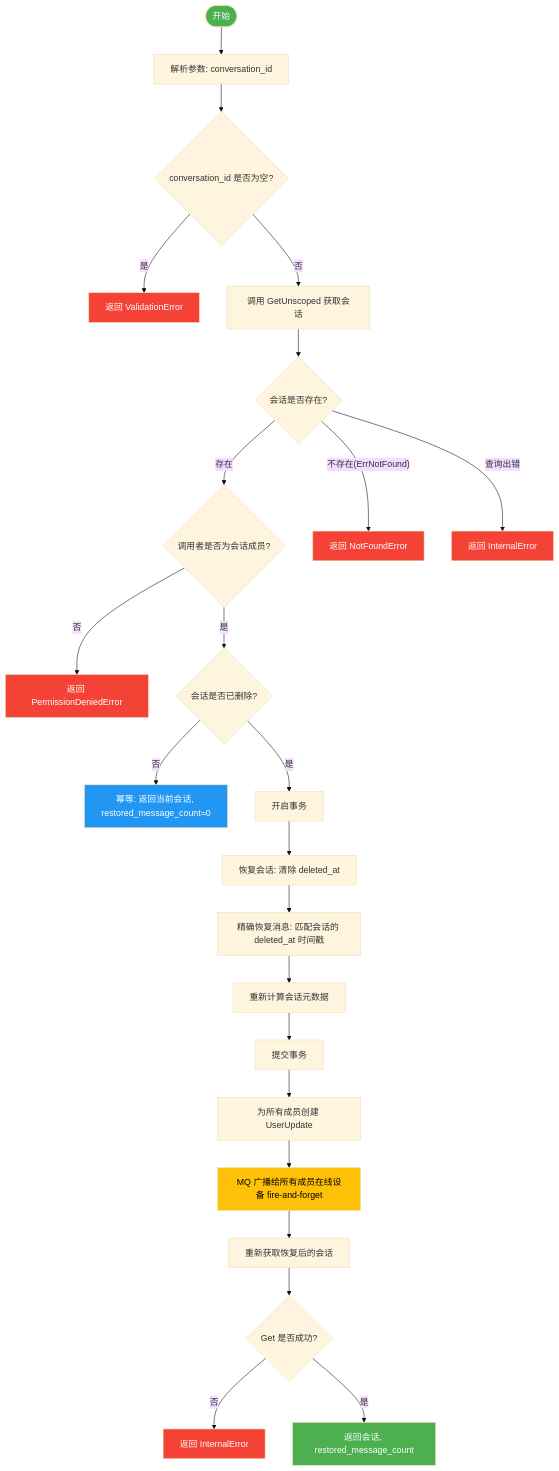
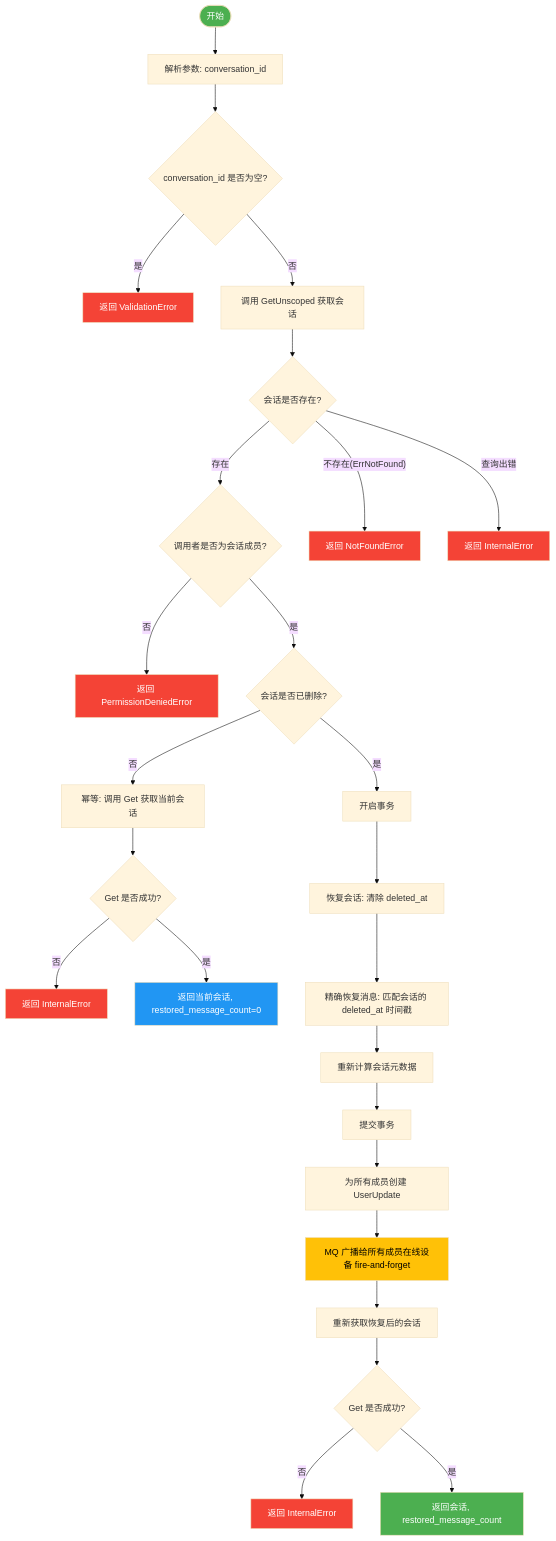
The fifth of 5 diagrams in wiki/flows/conversation.md (PineappleBond/xyncra-server), drawn with Mermaid (base theme) before and after one commit. The commit also changed other lines of this file and 19 other files, not shown here.

````diff
--- a/wiki/flows/conversation.md
+++ b/wiki/flows/conversation.md
@@ -381,35 +381,39 @@
 ```mermaid
 flowchart TD
     A([开始]) --> B[解析参数: conversation_id]
     B --> C{conversation_id 是否为空?}
     C -- 是 --> C1[返回 ValidationError]
     C -- 否 --> D[调用 GetUnscoped 获取会话]
     D --> E{会话是否存在?}
     E -- 存在 --> F{调用者是否为会话成员?}
     E -- 不存在(ErrNotFound) --> E1[返回 NotFoundError]
     E -- 查询出错 --> E2[返回 InternalError]
     F -- 否 --> F1[返回 PermissionDeniedError]
     F -- 是 --> G{会话是否已删除?}
-    G -- 否 --> G1[幂等: 返回当前会话, restored_message_count=0]
+    G -- 否 --> G2[幂等: 调用 Get 获取当前会话]
+    G2 --> G3{Get 是否成功?}
+    G3 -- 否 --> G4[返回 InternalError]
+    G3 -- 是 --> G1[返回当前会话, restored_message_count=0]
     G -- 是 --> H[开启事务]
     H --> I[恢复会话: 清除 deleted_at]
     I --> J[精确恢复消息: 匹配会话的 deleted_at 时间戳]
     J --> K[重新计算会话元数据]
     K --> L[提交事务]
     L --> M[为所有成员创建 UserUpdate]
     M --> N[MQ 广播给所有成员在线设备 fire-and-forget]
     N --> P[重新获取恢复后的会话]
     P --> P2{Get 是否成功?}
     P2 -- 否 --> P3[返回 InternalError]
     P2 -- 是 --> Q[返回会话, restored_message_count]
 
     style A fill:#4CAF50,color:#fff
     style C1 fill:#f44336,color:#fff
     style E1 fill:#f44336,color:#fff
     style E2 fill:#f44336,color:#fff
     style F1 fill:#f44336,color:#fff
     style G1 fill:#2196F3,color:#fff
+    style G4 fill:#f44336,color:#fff
     style N fill:#FFC107,color:#000
     style P3 fill:#f44336,color:#fff
     style Q fill:#4CAF50,color:#fff
 ```
````
